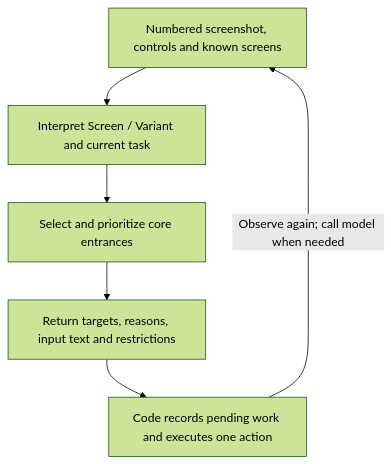
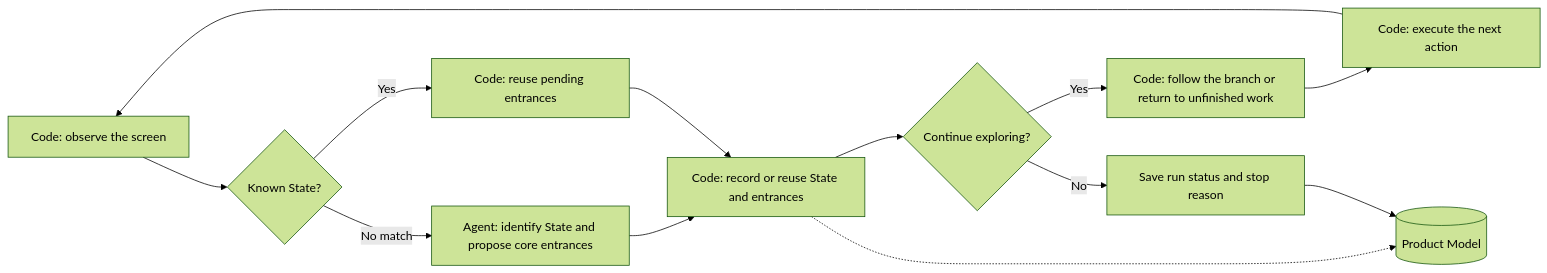
One commit to nickhuo/Appraise changed the second of 3 diagrams in docs/system-design.md. Above: the diagram before and after it, drawn with Mermaid (forest theme). The commit also changed other lines of this file and 3 other files, not shown here.

````diff
--- a/docs/system-design.md
+++ b/docs/system-design.md
@@ -76,8 +70,15 @@
 ```mermaid
-flowchart TD
-    O[Numbered screenshot, controls and known screens] --> A[Interpret Screen / Variant and current task]
-    A --> B[Select and prioritize core entrances]
-    B --> C[Return targets, reasons, input text and restrictions]
-    C --> D[Code records pending work and executes one action]
-    D -->|Observe again; call model when needed| O
+flowchart LR
+    O[Code: observe the screen] --> I{Known State?}
+    I -->|No match| A[Agent: identify State and propose core entrances]
+    I -->|Yes| K[Code: reuse pending entrances]
+    A --> R[Code: record or reuse State and entrances]
+    K --> R
+    R --> C{Continue exploring?}
+    C -->|Yes| N[Code: follow the branch or return to unfinished work]
+    N --> X[Code: execute the next action]
+    X --> O
+    C -->|No| S[Save run status and stop reason]
+    R -.-> M[(Product Model)]
+    S --> M
 ```
````
